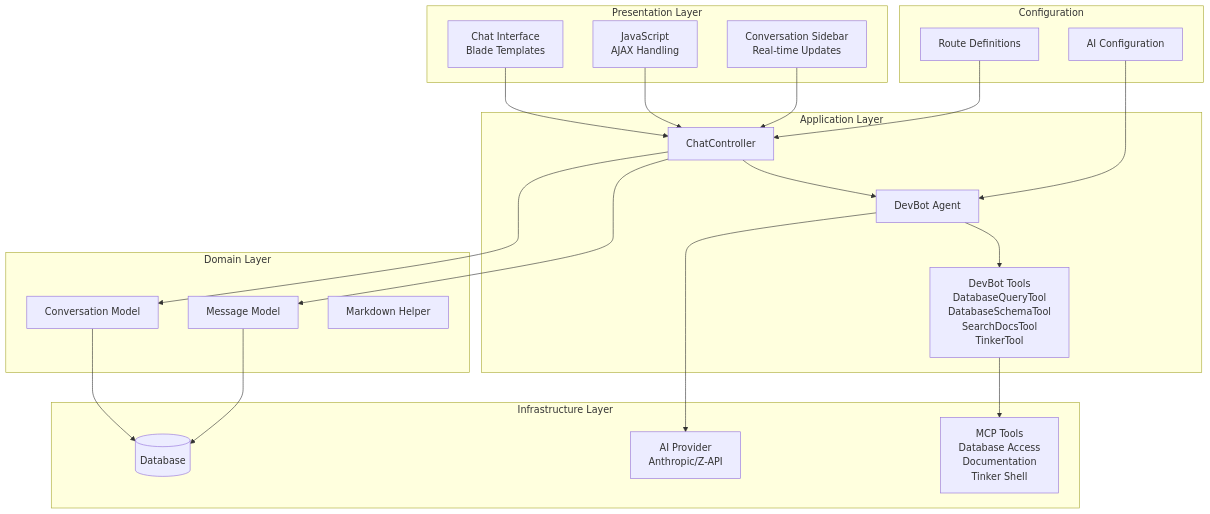
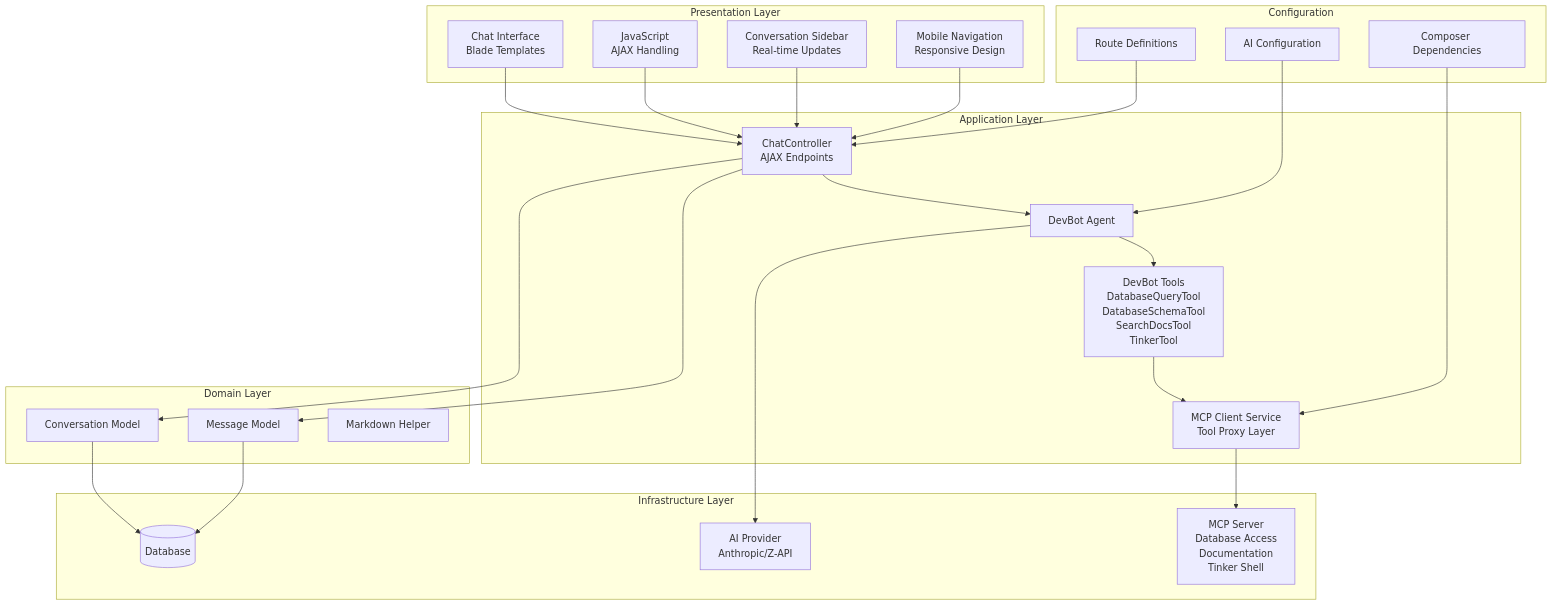
Before and after one commit to siimliimand/laravel-assistant: the first of 9 diagrams in .qoder/repowiki/en/content/Frontend Development/Chat Interface System.md, drawn with Mermaid. The commit also changed other lines of this file and 7 other files, not shown here.

First line of the commit message:
feat(mcp-client): integrate MCP protocol client service for DevBot AI agent tools

````diff
--- a/.qoder/repowiki/en/content/Frontend Development/Chat Interface System.md
+++ b/.qoder/repowiki/en/content/Frontend Development/Chat Interface System.md
@@ -59,40 +59,46 @@
 ```mermaid
 graph TB
 subgraph "Presentation Layer"
 UI[Chat Interface<br/>Blade Templates]
 JS[JavaScript<br/>AJAX Handling]
 Sidebar[Conversation Sidebar<br/>Real-time Updates]
+Mobile[Mobile Navigation<br/>Responsive Design]
 end
 subgraph "Application Layer"
-Controller[ChatController]
+Controller[ChatController<br/>AJAX Endpoints]
 Agent[DevBot Agent]
 Tools[DevBot Tools<br/>DatabaseQueryTool<br/>DatabaseSchemaTool<br/>SearchDocsTool<br/>TinkerTool]
+MCP[MCP Client Service<br/>Tool Proxy Layer]
 end
 subgraph "Domain Layer"
 Conversation[Conversation Model]
 Message[Message Model]
 Markdown[Markdown Helper]
 end
 subgraph "Infrastructure Layer"
 Database[(Database)]
 AI_Provider[AI Provider<br/>Anthropic/Z-API]
-MCP_Tools[MCP Tools<br/>Database Access<br/>Documentation<br/>Tinker Shell]
+MCP_Server[MCP Server<br/>Database Access<br/>Documentation<br/>Tinker Shell]
 end
 subgraph "Configuration"
 Routes[Route Definitions]
 Config[AI Configuration]
+Composer[Composer Dependencies]
 end
 UI --> Controller
 JS --> Controller
 Sidebar --> Controller
+Mobile --> Controller
 Controller --> Agent
 Controller --> Conversation
 Controller --> Message
 Agent --> Tools
 Agent --> AI_Provider
-Tools --> MCP_Tools
+Tools --> MCP
+MCP --> MCP_Server
 Conversation --> Database
 Message --> Database
 Routes --> Controller
 Config --> Agent
+Composer --> MCP
 ```
````
